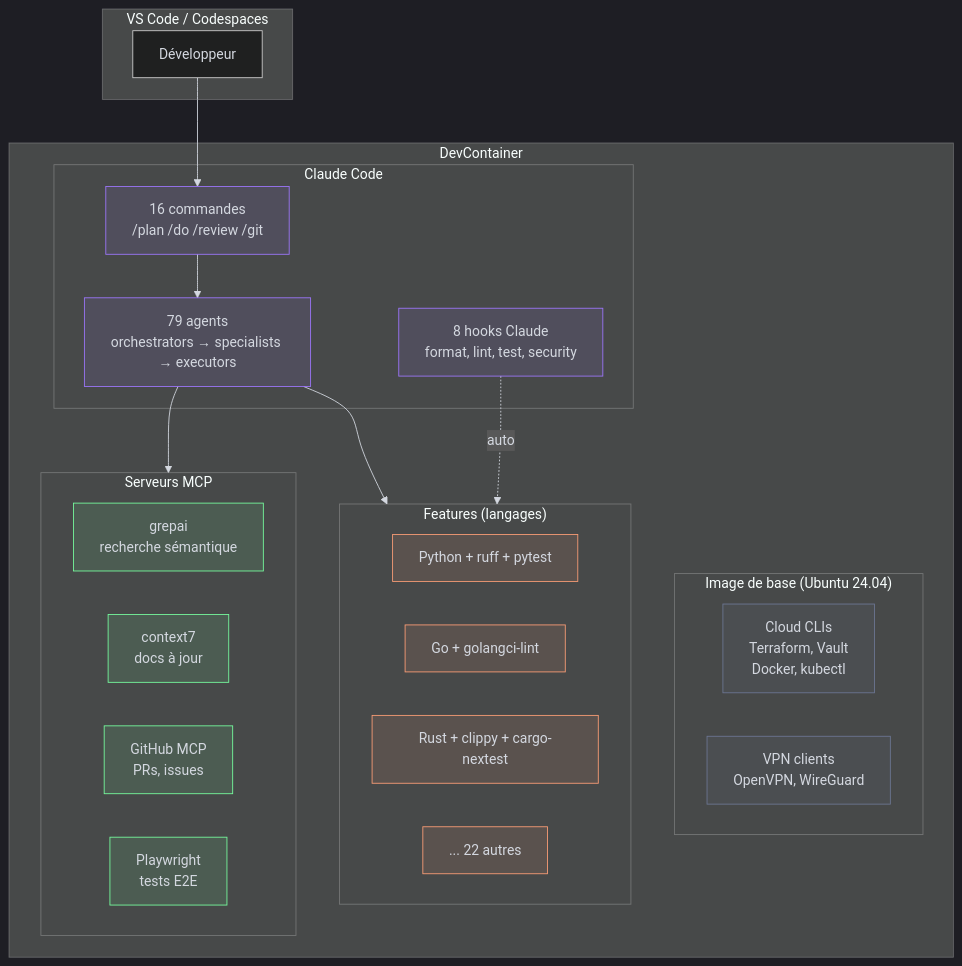
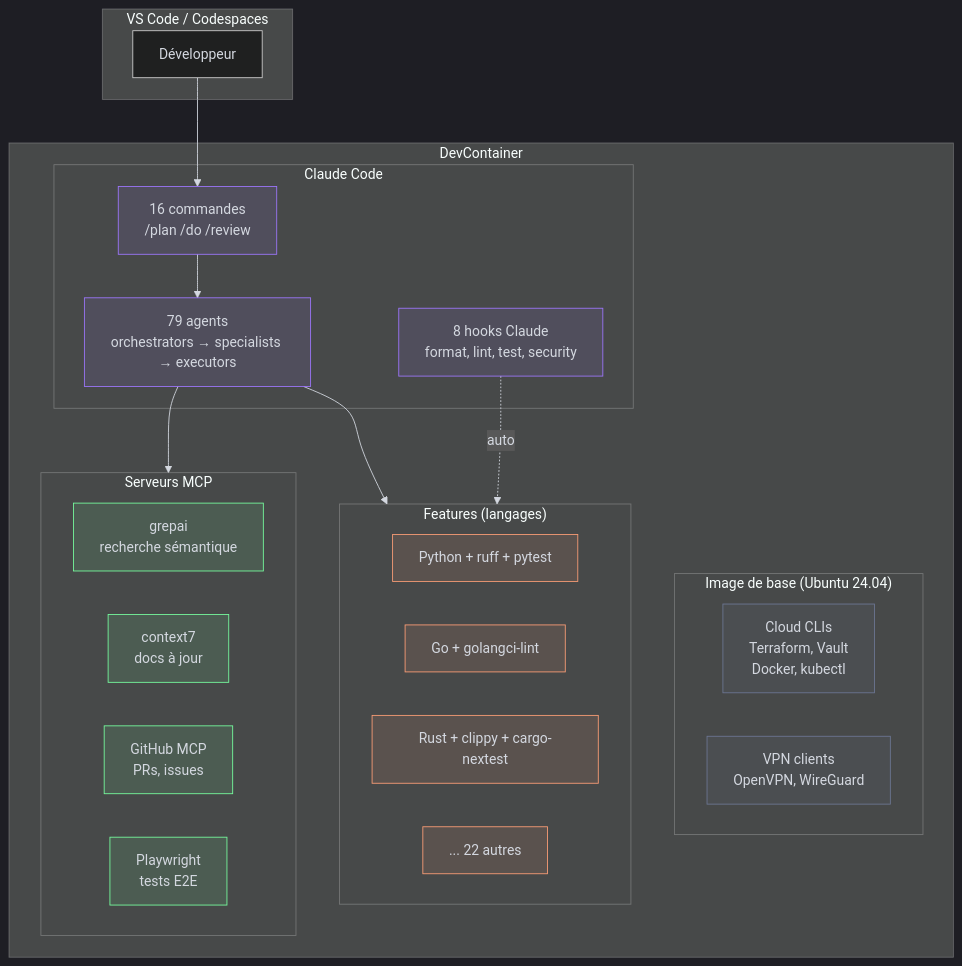
One commit to kodflow/view changed the first of 2 diagrams in docs/architecture/README.md. Above: the diagram before and after it, drawn with Mermaid. The commit also changed 24 other files, not shown here.

````diff
--- a/docs/architecture/README.md
+++ b/docs/architecture/README.md
@@ -7,62 +7,62 @@
 ```mermaid
 %%{init: {'theme': 'dark', 'themeVariables': {
   'primaryColor': '#9D76FB1a',
   'primaryBorderColor': '#9D76FB',
   'primaryTextColor': '#d4d8e0',
   'lineColor': '#d4d8e0',
   'textColor': '#d4d8e0',
   'secondaryColor': '#76FB9D1a',
   'secondaryBorderColor': '#76FB9D',
   'secondaryTextColor': '#d4d8e0',
   'tertiaryColor': '#FB9D761a',
   'tertiaryBorderColor': '#FB9D76',
   'tertiaryTextColor': '#d4d8e0'
 }}}%%
 flowchart TB
     subgraph IDE["VS Code / Codespaces"]
         U[Développeur]
     end
 
     subgraph DC["DevContainer"]
         subgraph BASE["Image de base (Ubuntu 24.04)"]
             TOOLS[Cloud CLIs<br/>Terraform, Vault<br/>Docker, kubectl]
             NET[VPN clients<br/>OpenVPN, WireGuard]
         end
 
         subgraph FEAT["Features (langages)"]
             L1[Python + ruff + pytest]
             L2[Go + golangci-lint]
             L3[Rust + clippy + cargo-nextest]
             LN[... 22 autres]
         end
 
         subgraph CLAUDE["Claude Code"]
-            CMD[16 commandes<br/>/plan /do /review /git]
+            CMD[16 commandes<br/>/plan /do /review]
             AGT[79 agents<br/>orchestrators → specialists → executors]
             HK[8 hooks Claude<br/>format, lint, test, security]
         end
 
         subgraph MCP["Serveurs MCP"]
             G[grepai<br/>recherche sémantique]
             C7[context7<br/>docs à jour]
             GH[GitHub MCP<br/>PRs, issues]
             PW[Playwright<br/>tests E2E]
         end
     end
 
     U --> CMD
     CMD --> AGT
     AGT --> MCP
     HK -.->|auto| FEAT
     AGT --> FEAT
 
     classDef primary fill:#9D76FB1a,stroke:#9D76FB,color:#d4d8e0
     classDef data fill:#76FB9D1a,stroke:#76FB9D,color:#d4d8e0
     classDef async fill:#FB9D761a,stroke:#FB9D76,color:#d4d8e0
     classDef external fill:#6c76931a,stroke:#6c7693,color:#d4d8e0
 
     class CMD,AGT,HK primary
     class G,C7,GH,PW data
     class L1,L2,L3,LN async
     class TOOLS,NET external
 ```
````
